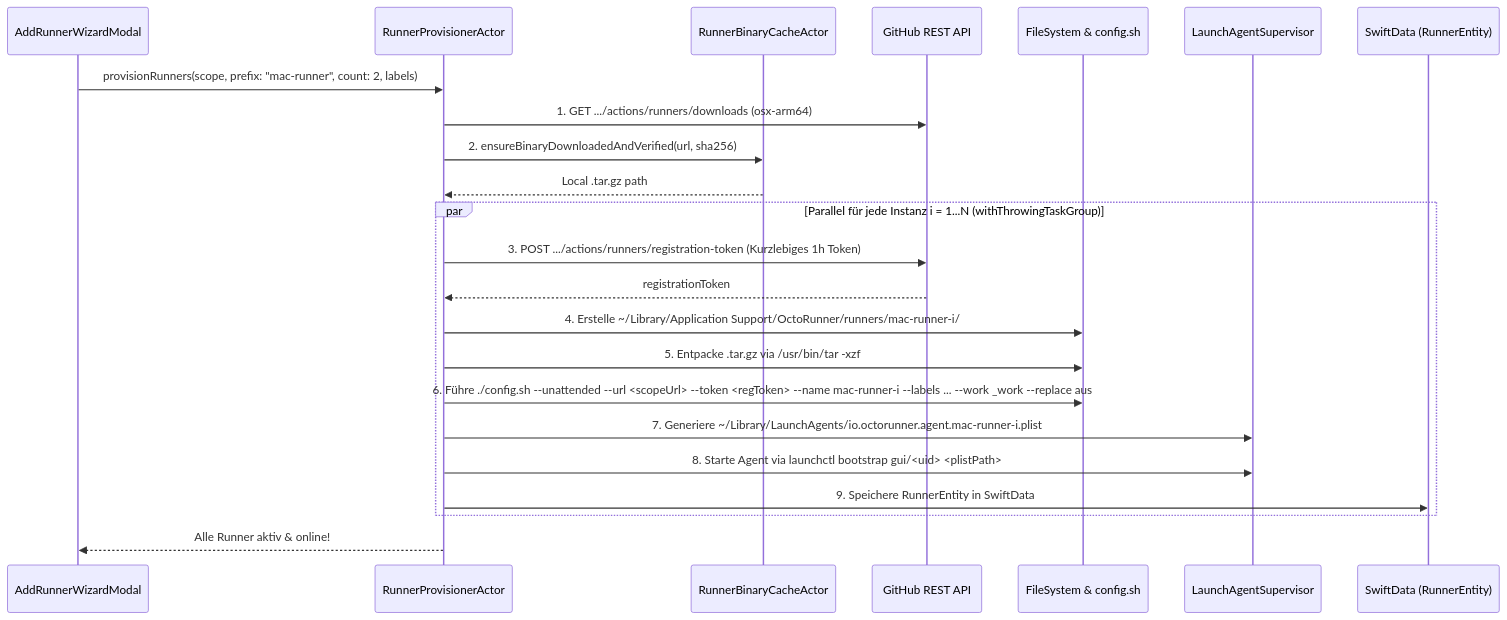
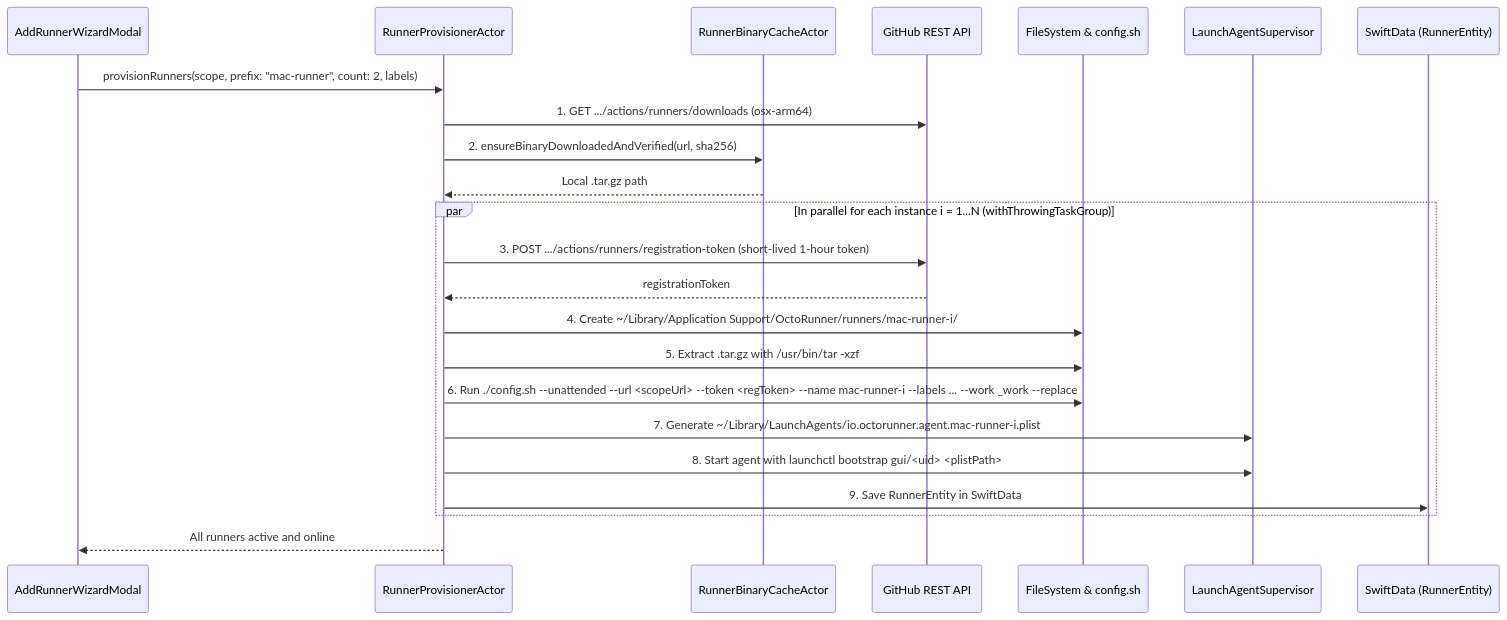
Before and after one commit to loesch-digital/octorunner: the diagram in docs/05-step-03-runner-wizard-and-engine.md, drawn with Mermaid. The commit also changed other lines of this file and 43 other files, not shown here.

````diff
--- a/docs/05-step-03-runner-wizard-and-engine.md
+++ b/docs/05-step-03-runner-wizard-and-engine.md
@@ -62,26 +59,26 @@
 ```mermaid
 sequenceDiagram
     participant Wizard as AddRunnerWizardModal
     participant Prov as RunnerProvisionerActor
     participant Cache as RunnerBinaryCacheActor
     participant GH as GitHub REST API
     participant FS as FileSystem & config.sh
     participant Launchd as LaunchAgentSupervisor
     participant DB as SwiftData (RunnerEntity)
 
     Wizard->>Prov: provisionRunners(scope, prefix: "mac-runner", count: 2, labels)
     Prov->>GH: 1. GET .../actions/runners/downloads (osx-arm64)
     Prov->>Cache: 2. ensureBinaryDownloadedAndVerified(url, sha256)
     Cache-->>Prov: Local .tar.gz path
-    par Parallel für jede Instanz i = 1...N (withThrowingTaskGroup)
-        Prov->>GH: 3. POST .../actions/runners/registration-token (Kurzlebiges 1h Token)
+    par In parallel for each instance i = 1...N (withThrowingTaskGroup)
+        Prov->>GH: 3. POST .../actions/runners/registration-token (short-lived 1-hour token)
         GH-->>Prov: registrationToken
-        Prov->>FS: 4. Erstelle ~/Library/Application Support/OctoRunner/runners/mac-runner-i/
-        Prov->>FS: 5. Entpacke .tar.gz via /usr/bin/tar -xzf
-        Prov->>FS: 6. Führe ./config.sh --unattended --url <scopeUrl> --token <regToken> --name mac-runner-i --labels ... --work _work --replace aus
-        Prov->>Launchd: 7. Generiere ~/Library/LaunchAgents/io.octorunner.agent.mac-runner-i.plist
-        Prov->>Launchd: 8. Starte Agent via launchctl bootstrap gui/<uid> <plistPath>
-        Prov->>DB: 9. Speichere RunnerEntity in SwiftData
+        Prov->>FS: 4. Create ~/Library/Application Support/OctoRunner/runners/mac-runner-i/
+        Prov->>FS: 5. Extract .tar.gz with /usr/bin/tar -xzf
+        Prov->>FS: 6. Run ./config.sh --unattended --url <scopeUrl> --token <regToken> --name mac-runner-i --labels ... --work _work --replace
+        Prov->>Launchd: 7. Generate ~/Library/LaunchAgents/io.octorunner.agent.mac-runner-i.plist
+        Prov->>Launchd: 8. Start agent with launchctl bootstrap gui/<uid> <plistPath>
+        Prov->>DB: 9. Save RunnerEntity in SwiftData
     end
-    Prov-->>Wizard: Alle Runner aktiv & online!
+    Prov-->>Wizard: All runners active and online
 ```
````
